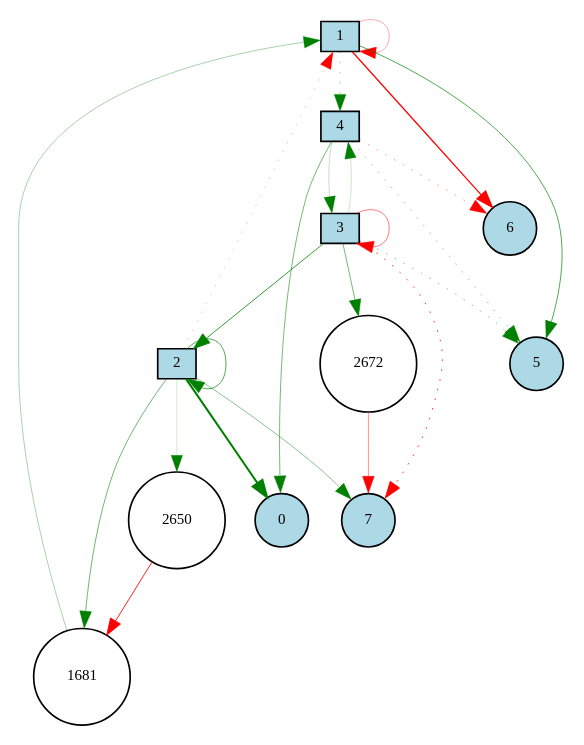
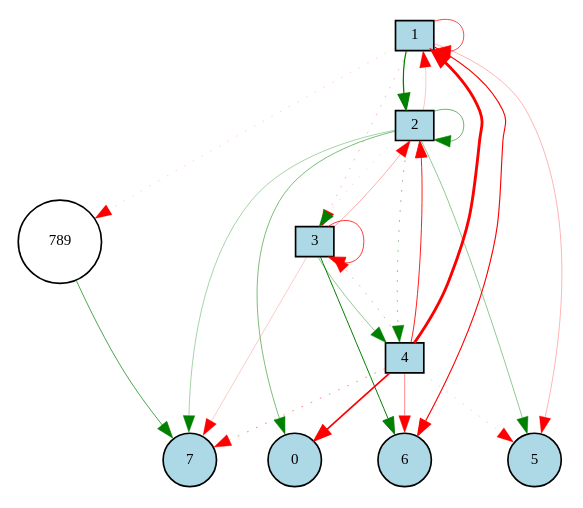
Before and after one commit to katomasahiro10/cyclic_task: the diagram in out/Digraph.gv, drawn with Graphviz. The commit also changed 204 other files, not shown here.

```diff
--- a/out/Digraph.gv
+++ b/out/Digraph.gv
@@ -1,41 +1,42 @@
 digraph {
 	node [fontsize=9 height=0.2 shape=circle width=0.2]
 	1 [fillcolor=lightgray shape=box style=filled]
 	2 [fillcolor=lightgray shape=box style=filled]
 	3 [fillcolor=lightgray shape=box style=filled]
 	4 [fillcolor=lightgray shape=box style=filled]
 	0 [fillcolor=lightblue style=filled]
 	1 [fillcolor=lightblue style=filled]
 	2 [fillcolor=lightblue style=filled]
 	3 [fillcolor=lightblue style=filled]
 	4 [fillcolor=lightblue style=filled]
 	5 [fillcolor=lightblue style=filled]
 	6 [fillcolor=lightblue style=filled]
 	7 [fillcolor=lightblue style=filled]
-	2672 [fillcolor=white style=filled]
-	1681 [fillcolor=white style=filled]
-	2650 [fillcolor=white style=filled]
-	4 -> 5 [color=green penwidth=0.2496222537409405 style=dotted]
-	2 -> 0 [color=green penwidth=1.25789467880514 style=solid]
-	2 -> 2 [color=green penwidth=0.40975574124730907 style=solid]
-	1 -> 1 [color=red penwidth=0.19826127582140404 style=solid]
-	1681 -> 1 [color=green penwidth=0.20523927176690354 style=solid]
-	2 -> 1681 [color=green penwidth=0.3386261801962328 style=solid]
-	3 -> 7 [color=red penwidth=0.47508049184694867 style=dotted]
-	1 -> 5 [color=green penwidth=0.41374713653649753 style=solid]
-	4 -> 0 [color=green penwidth=0.3347277677063836 style=solid]
-	2 -> 7 [color=green penwidth=0.2830800195264688 style=solid]
-	3 -> 5 [color=green penwidth=0.266296234078205 style=dotted]
-	3 -> 2672 [color=green penwidth=0.329406592991773 style=solid]
-	3 -> 3 [color=red penwidth=0.31205160498995477 style=solid]
-	2 -> 1 [color=red penwidth=0.1583019931550368 style=dotted]
-	2 -> 2650 [color=green penwidth=0.10587817143011208 style=solid]
-	4 -> 3 [color=green penwidth=0.1475810305905314 style=solid]
-	4 -> 6 [color=red penwidth=0.2386756645946629 style=dotted]
-	3 -> 2 [color=green penwidth=0.47852383737861093 style=solid]
-	2650 -> 1681 [color=red penwidth=0.5308798932601787 style=solid]
-	1 -> 4 [color=green penwidth=0.25133482807431173 style=dotted]
-	3 -> 4 [color=green penwidth=0.12372152410427643 style=solid]
-	2672 -> 7 [color=red penwidth=0.26780811980197916 style=solid]
-	1 -> 6 [color=red penwidth=0.7282698130450085 style=solid]
+	789 [fillcolor=white style=filled]
+	3 -> 6 [color=green penwidth=0.5951963135457469 style=solid]
+	4 -> 5 [color=red penwidth=0.11860491078194885 style=dotted]
+	2 -> 2 [color=green penwidth=0.3517081707117673 style=solid]
+	2 -> 0 [color=green penwidth=0.30754874606200105 style=solid]
+	1 -> 789 [color=red penwidth=0.10945694168918516 style=dotted]
+	1 -> 2 [color=green penwidth=0.753077367525938 style=solid]
+	2 -> 1 [color=red penwidth=0.13918036299531975 style=solid]
+	4 -> 2 [color=red penwidth=0.5289786518818996 style=solid]
+	4 -> 7 [color=red penwidth=0.295841148065788 style=dotted]
+	1 -> 5 [color=red penwidth=0.18212918438406783 style=solid]
+	4 -> 0 [color=red penwidth=1.02354725275388 style=solid]
+	2 -> 7 [color=green penwidth=0.20544105558525183 style=solid]
+	4 -> 6 [color=red penwidth=0.27714300467041475 style=solid]
+	3 -> 3 [color=red penwidth=0.4658919687347325 style=solid]
+	1 -> 1 [color=red penwidth=0.4381752944592001 style=solid]
+	3 -> 7 [color=red penwidth=0.13168577864275377 style=solid]
+	2 -> 5 [color=green penwidth=0.26191411619203975 style=solid]
+	1 -> 3 [color=red penwidth=0.17547740740792855 style=dotted]
+	3 -> 2 [color=red penwidth=0.19699205376192944 style=solid]
+	4 -> 3 [color=red penwidth=0.22123221317882713 style=dotted]
+	2 -> 3 [color=green penwidth=0.1067455888203131 style=dotted]
+	4 -> 1 [color=red penwidth=1.7227098199211426 style=solid]
+	2 -> 4 [color=green penwidth=0.28914797133492076 style=dotted]
+	3 -> 4 [color=green penwidth=0.2646635750420965 style=solid]
+	789 -> 7 [color=green penwidth=0.4235519798339853 style=solid]
+	1 -> 6 [color=red penwidth=0.6740632888394988 style=solid]
 }
```
